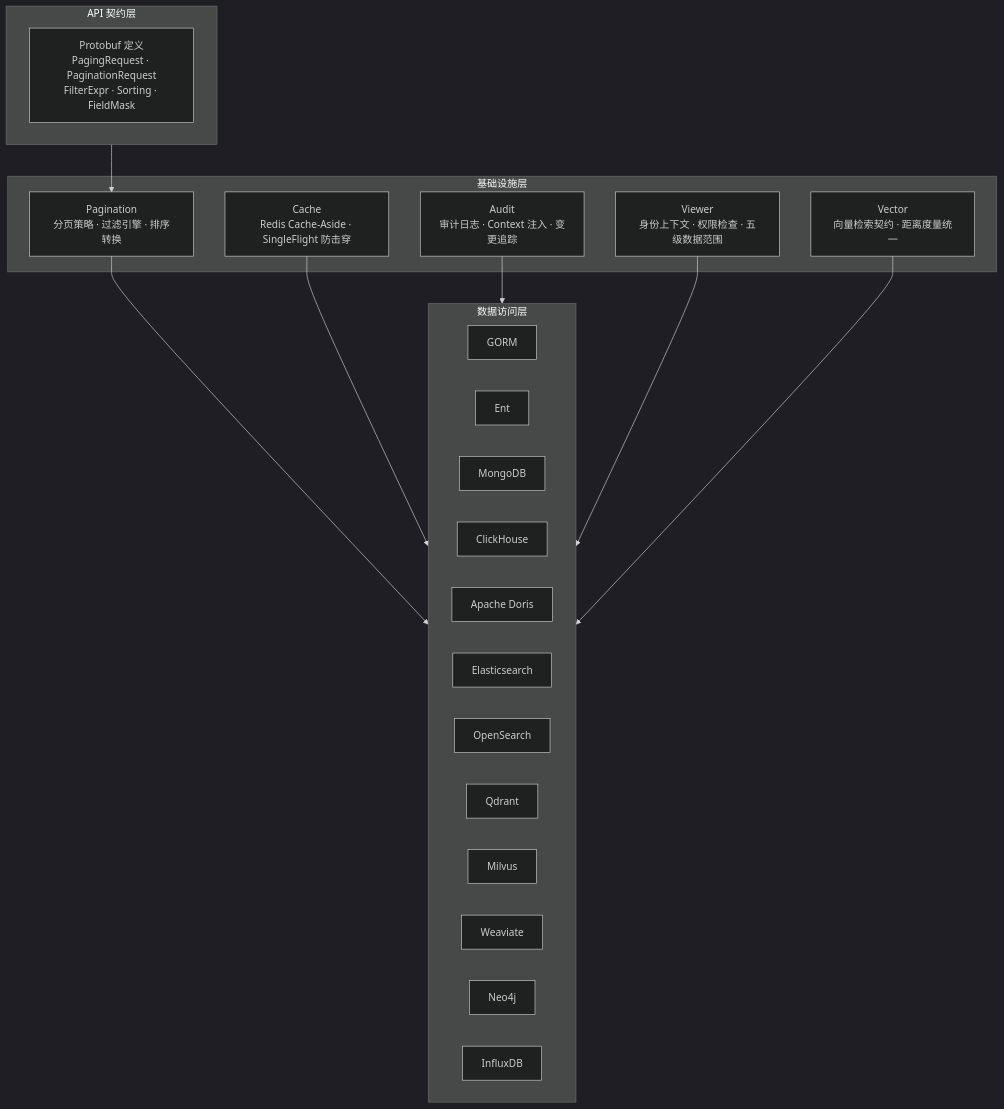
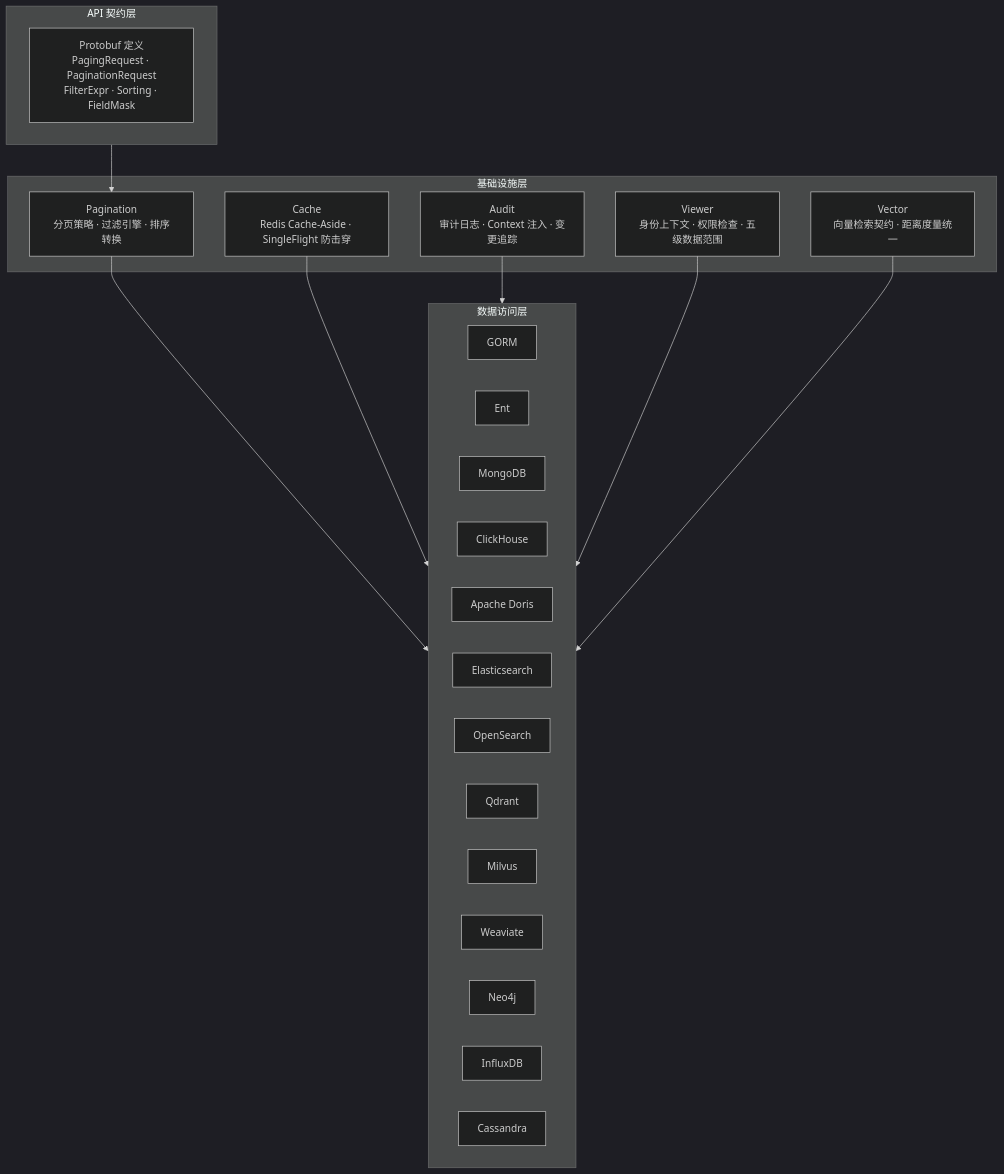
One commit to zqf20096327/dbhub_collect changed the diagram in data/readmes/tx7do__go-crud.md. Above: the diagram before and after it, drawn with Mermaid (dark theme). The commit also changed other lines of this file and 364 other files, not shown here.

````diff
--- a/data/readmes/tx7do__go-crud.md
+++ b/data/readmes/tx7do__go-crud.md
@@ -61,36 +81,37 @@
 ```mermaid
 graph TB
     subgraph API["API 契约层"]
         Proto["Protobuf 定义<br/>PagingRequest · PaginationRequest<br/>FilterExpr · Sorting · FieldMask"]
     end
 
     subgraph Infra["基础设施层"]
         Pagination["Pagination<br/>分页策略 · 过滤引擎 · 排序转换"]
         Cache["Cache<br/>Redis Cache-Aside · SingleFlight 防击穿"]
         Audit["Audit<br/>审计日志 · Context 注入 · 变更追踪"]
         Viewer["Viewer<br/>身份上下文 · 权限检查 · 五级数据范围"]
         Vector["Vector<br/>向量检索契约 · 距离度量统一"]
     end
 
     subgraph DAL["数据访问层"]
         GORM["GORM"]
         ENT["Ent"]
         Mongo["MongoDB"]
         CH["ClickHouse"]
         Doris["Apache Doris"]
         ES["Elasticsearch"]
         OS["OpenSearch"]
         Qdrant["Qdrant"]
         Milvus["Milvus"]
         Weaviate["Weaviate"]
         Neo4j["Neo4j"]
         Influx["InfluxDB"]
+        Cassandra["Cassandra"]
     end
 
     API --> Pagination
     Pagination --> DAL
     Cache --> DAL
     Audit --> DAL
     Viewer --> DAL
     Vector --> DAL
 ```
````
